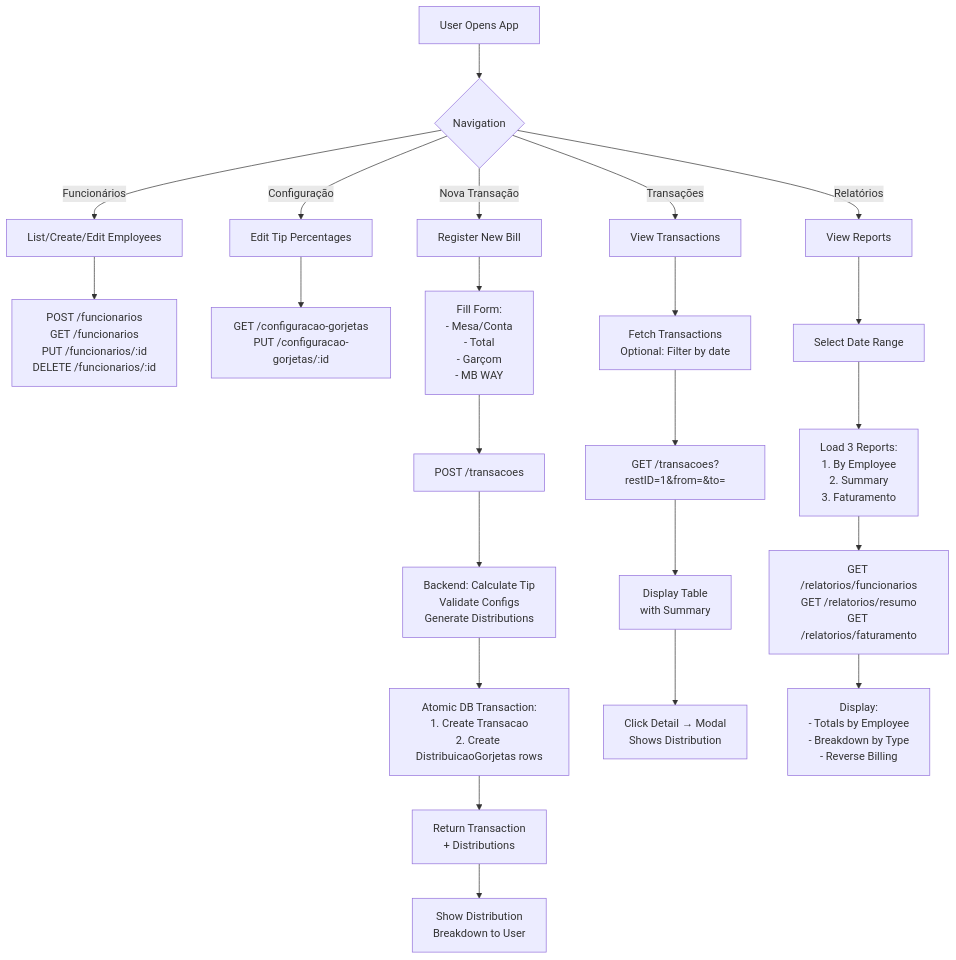
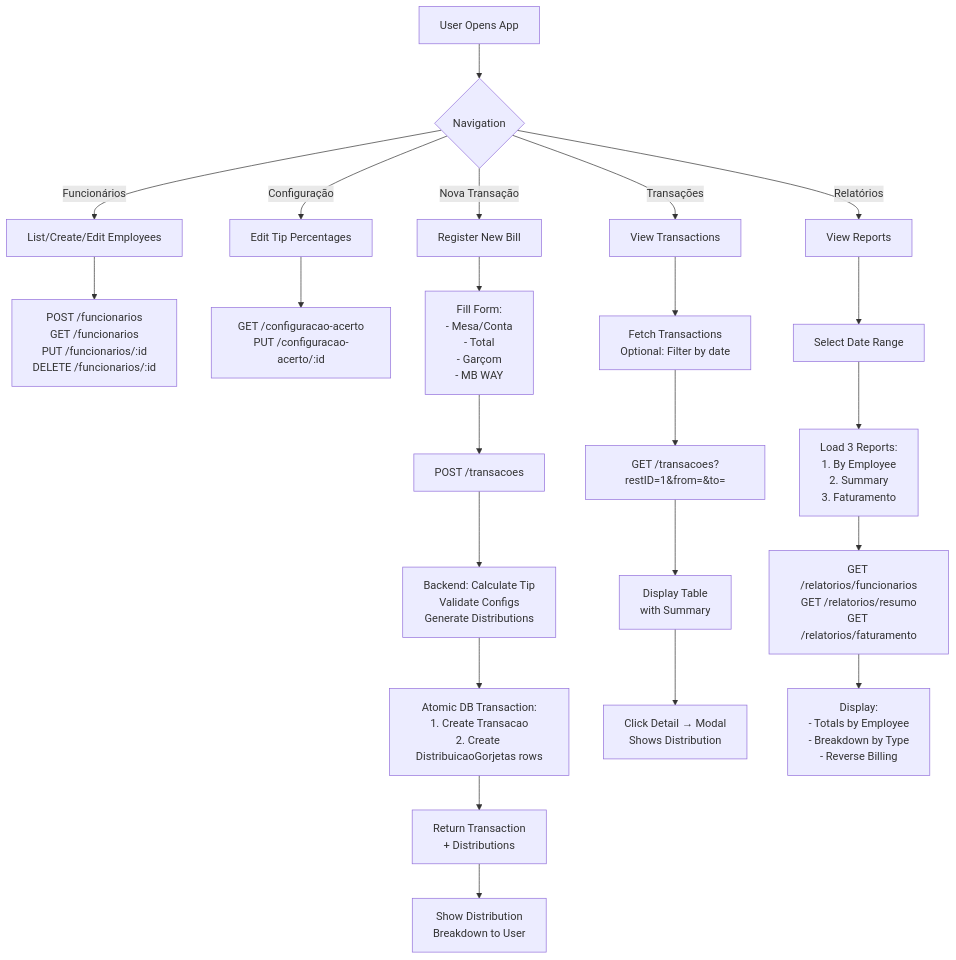
Before and after one commit to yourlabpt/pwa_gorjetas: the first of 5 diagrams in docs/flow-diagram.md, drawn with Mermaid. The commit also changed other lines of this file and 86 other files, not shown here.

````diff
--- a/docs/flow-diagram.md
+++ b/docs/flow-diagram.md
@@ -5,31 +5,31 @@
 ```mermaid
 graph TD
     A[User Opens App] --> B{Navigation}
     
     B -->|Funcionários| C[List/Create/Edit Employees]
     B -->|Configuração| D[Edit Tip Percentages]
     B -->|Nova Transação| E[Register New Bill]
     B -->|Transações| F[View Transactions]
     B -->|Relatórios| G[View Reports]
     
     C --> C1["POST /funcionarios<br/>GET /funcionarios<br/>PUT /funcionarios/:id<br/>DELETE /funcionarios/:id"]
     
-    D --> D1["GET /configuracao-gorjetas<br/>PUT /configuracao-gorjetas/:id"]
+    D --> D1["GET /configuracao-acerto<br/>PUT /configuracao-acerto/:id"]
     
     E --> E1["Fill Form:<br/>- Mesa/Conta<br/>- Total<br/>- Garçom<br/>- MB WAY"]
     E1 --> E2["POST /transacoes"]
     E2 --> E3["Backend: Calculate Tip<br/>Validate Configs<br/>Generate Distributions"]
     E3 --> E4["Atomic DB Transaction:<br/>1. Create Transacao<br/>2. Create DistribuicaoGorjetas rows"]
     E4 --> E5["Return Transaction<br/>+ Distributions"]
     E5 --> E6["Show Distribution<br/>Breakdown to User"]
     
     F --> F1["Fetch Transactions<br/>Optional: Filter by date"]
     F1 --> F2["GET /transacoes?restID=1&from=&to="]
     F2 --> F3["Display Table<br/>with Summary"]
     F3 --> F4["Click Detail → Modal<br/>Shows Distribution"]
     
     G --> G1["Select Date Range"]
     G1 --> G2["Load 3 Reports:<br/>1. By Employee<br/>2. Summary<br/>3. Faturamento"]
     G2 --> G3["GET /relatorios/funcionarios<br/>GET /relatorios/resumo<br/>GET /relatorios/faturamento"]
     G3 --> G4["Display:<br/>- Totals by Employee<br/>- Breakdown by Type<br/>- Reverse Billing"]
 ```
````
